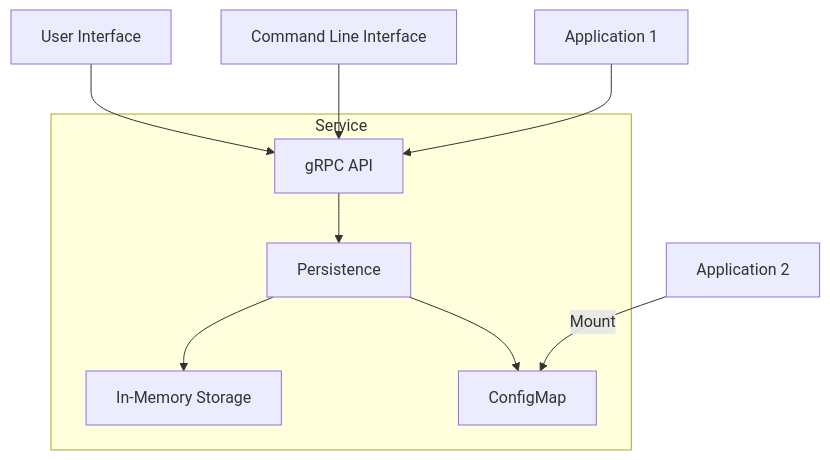
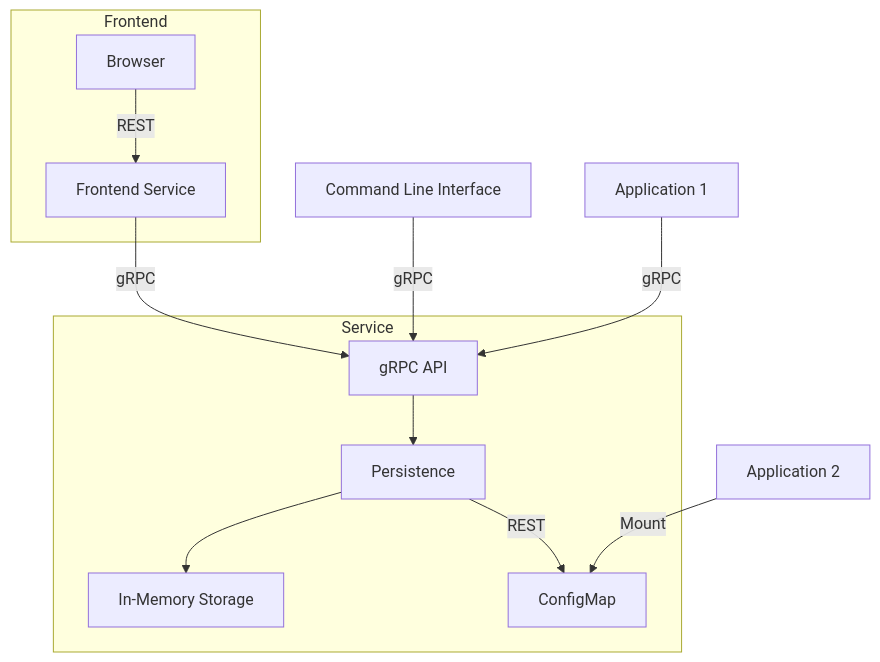
One commit to dkrizic/feature changed the diagram in README.md. Above: the diagram before and after it, drawn with Mermaid. The commit also changed 1 other file, not shown here.

Commit message:
Use otelhttp for Kubernetes API calls

````diff
--- a/README.md
+++ b/README.md
@@ -12,20 +12,24 @@
 ```mermaid
 graph TD
-    UI[User Interface]
     CLI[Command Line Interface]
     APP1[Application 1]
     APP2[Application 2]
+    subgraph FR[Frontend]
+      BR[Browser]
+      FS[Frontend Service]
+    end
     subgraph S[Service]
         API[gRPC API]
         P[Persistence]
         INM[In-Memory Storage]
         CM[ConfigMap]
         API-->P
         P-->INM
-        P-->CM
+        P-->|REST|CM
     end
-    UI-->API
-    CLI-->API
-    APP1-->API
+    BR-->|REST|FS
+    FS-->|gRPC|API
+    CLI-->|gRPC|API
+    APP1-->|gRPC|API
     APP2-->|Mount|CM
 ```
````
